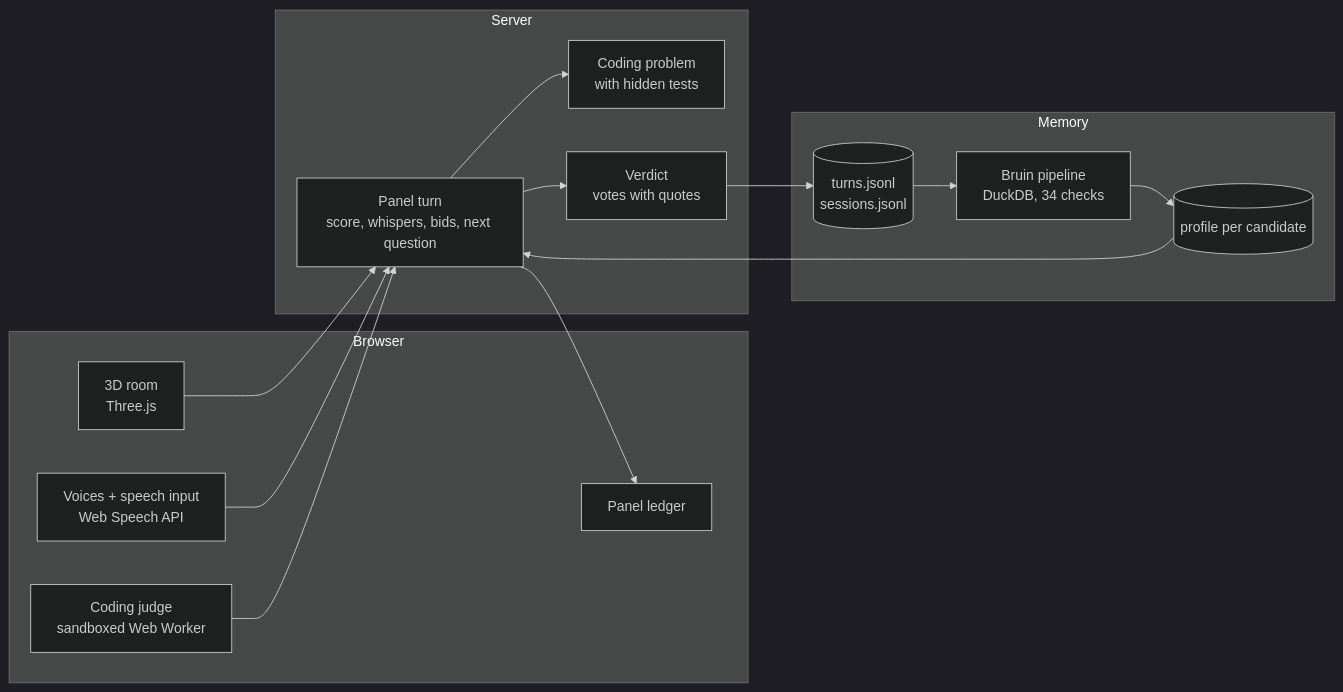
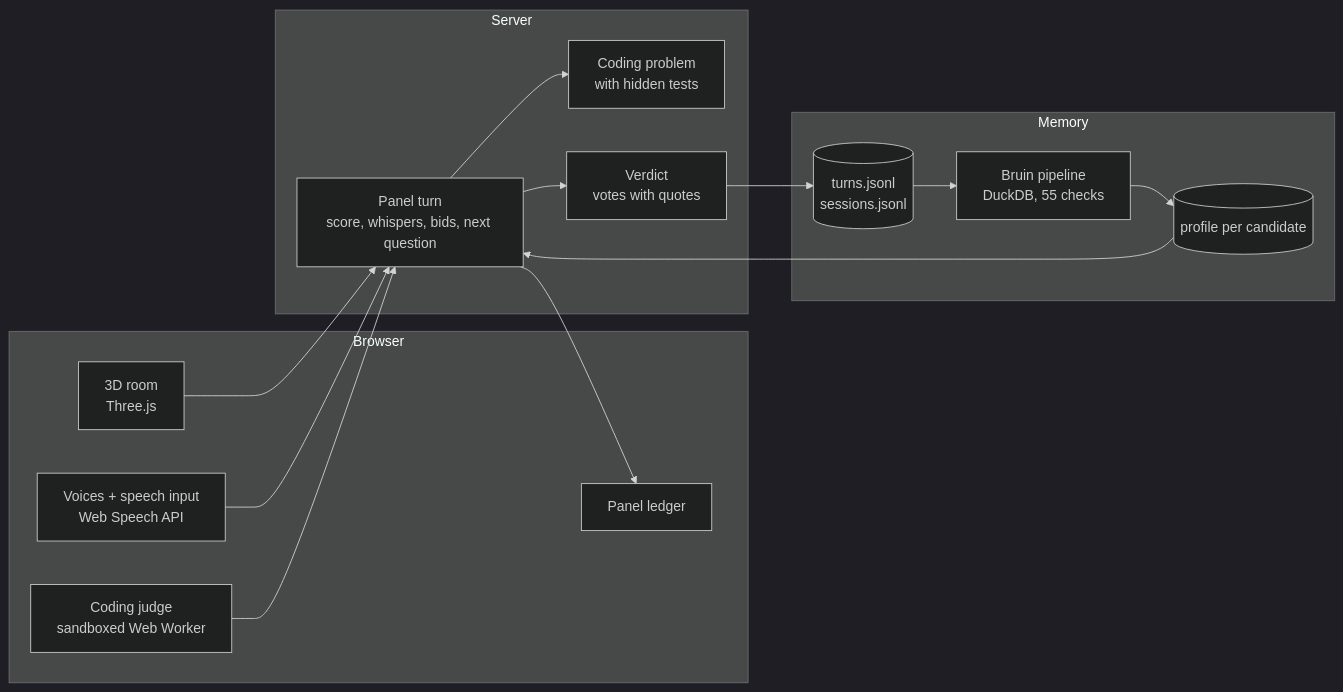
Before and after one commit to VolodymyrLinuxovich/hotseat: the first of 2 diagrams in README.md, drawn with Mermaid (dark theme). The commit also changed other lines of this file and 12 other files, not shown here.

Commit message:
Bid meters, avatar life, trend chart, habit and topic progress in Bruin, more engine checks, demo bug fixes

````diff
--- a/README.md
+++ b/README.md
@@ -78,30 +78,30 @@
 ```mermaid
 flowchart LR
     subgraph UI["Browser"]
         R[3D room<br/>Three.js]
         V[Voices + speech input<br/>Web Speech API]
         L[Panel ledger]
         J[Coding judge<br/>sandboxed Web Worker]
     end
 
     subgraph API["Server"]
         P[Panel turn<br/>score, whispers, bids, next question]
         G[Coding problem<br/>with hidden tests]
         VD[Verdict<br/>votes with quotes]
     end
 
     subgraph MEM["Memory"]
         JS[(turns.jsonl<br/>sessions.jsonl)]
-        BR[Bruin pipeline<br/>DuckDB, 34 checks]
+        BR[Bruin pipeline<br/>DuckDB, 55 checks]
         PF[(profile per candidate)]
     end
 
     R --> P
     V --> P
     J --> P
     P --> L
     P --> G
     P --> VD
     VD --> JS --> BR --> PF
     PF --> P
 ```
````
